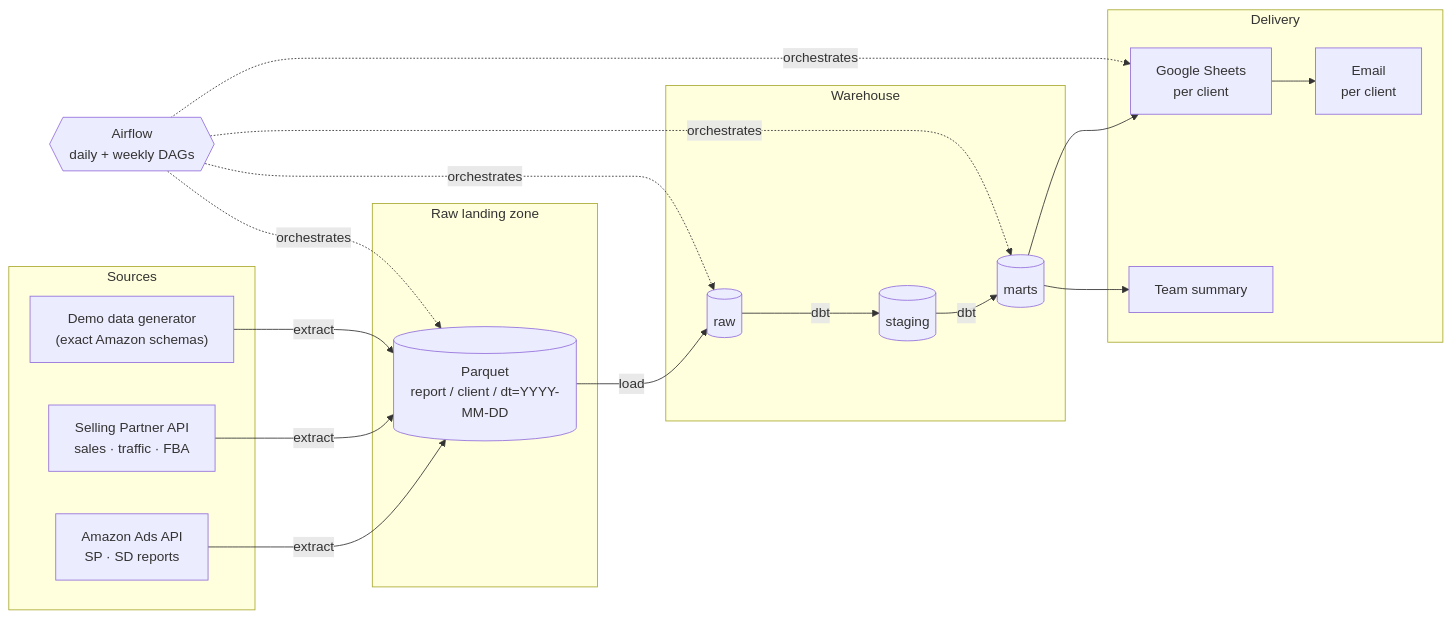
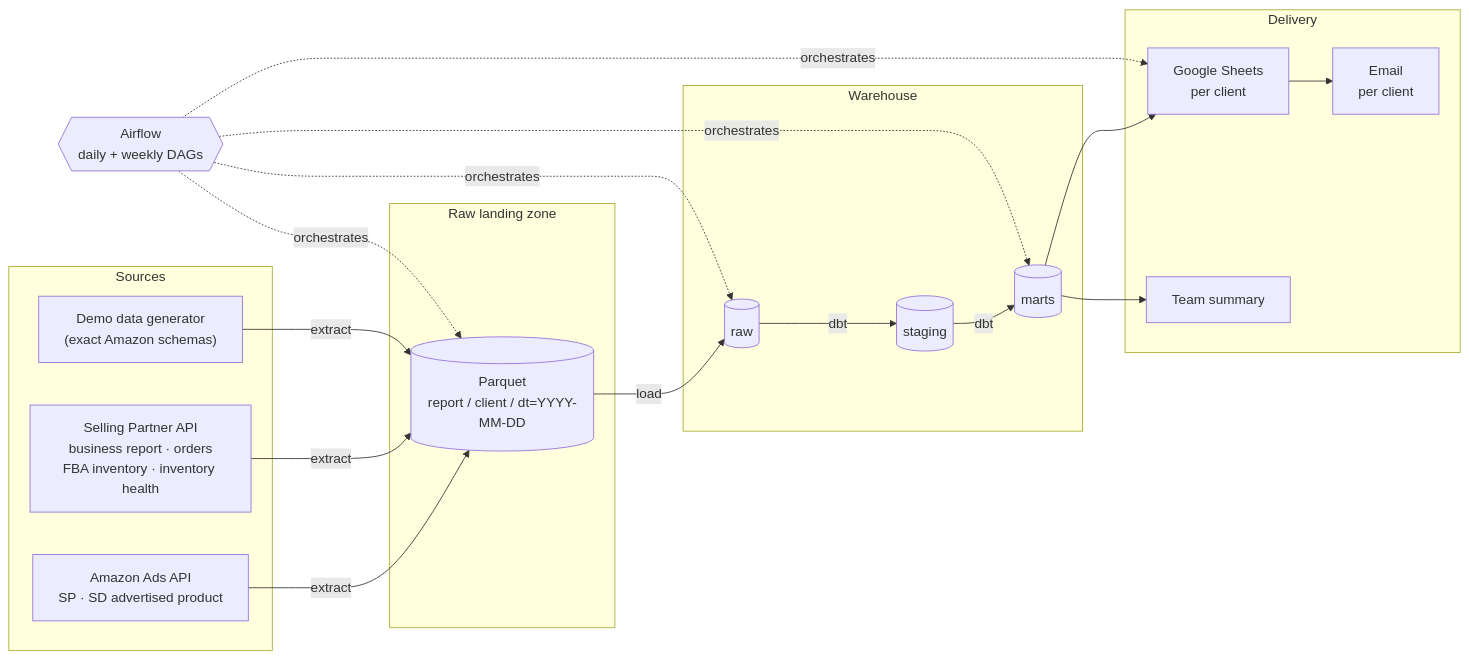
The first of 2 diagrams in README.md (Jyoti-op/amazon-ads-elt-platform), drawn with Mermaid before and after one commit. The commit also changed other lines of this file, not shown here.

Commit message:
Plan: add orders report, state scope (client reports, not MIS)

````diff
--- a/README.md
+++ b/README.md
@@ -27,32 +29,32 @@
 ```mermaid
 flowchart LR
     subgraph SRC["Sources"]
-        A1["Amazon Ads API<br/>SP · SD reports"]
-        A2["Selling Partner API<br/>sales · traffic · FBA"]
+        A1["Amazon Ads API<br/>SP · SD advertised product"]
+        A2["Selling Partner API<br/>business report · orders<br/>FBA inventory · inventory health"]
         G["Demo data generator<br/>(exact Amazon schemas)"]
     end
 
     subgraph LAND["Raw landing zone"]
         R[("Parquet<br/>report / client / dt=YYYY-MM-DD")]
     end
 
     subgraph WH["Warehouse"]
         RAW[("raw")]
         STG[("staging")]
         MART[("marts")]
     end
 
     subgraph OUT["Delivery"]
         S["Google Sheets<br/>per client"]
         E["Email<br/>per client"]
         T["Team summary"]
     end
 
     A1 & A2 & G -->|extract| R
     R -->|load| RAW
     RAW -->|dbt| STG -->|dbt| MART
     MART --> S --> E
     MART --> T
 
     AF{{"Airflow<br/>daily + weekly DAGs"}} -.orchestrates.-> R & RAW & MART & S
 ```
````
